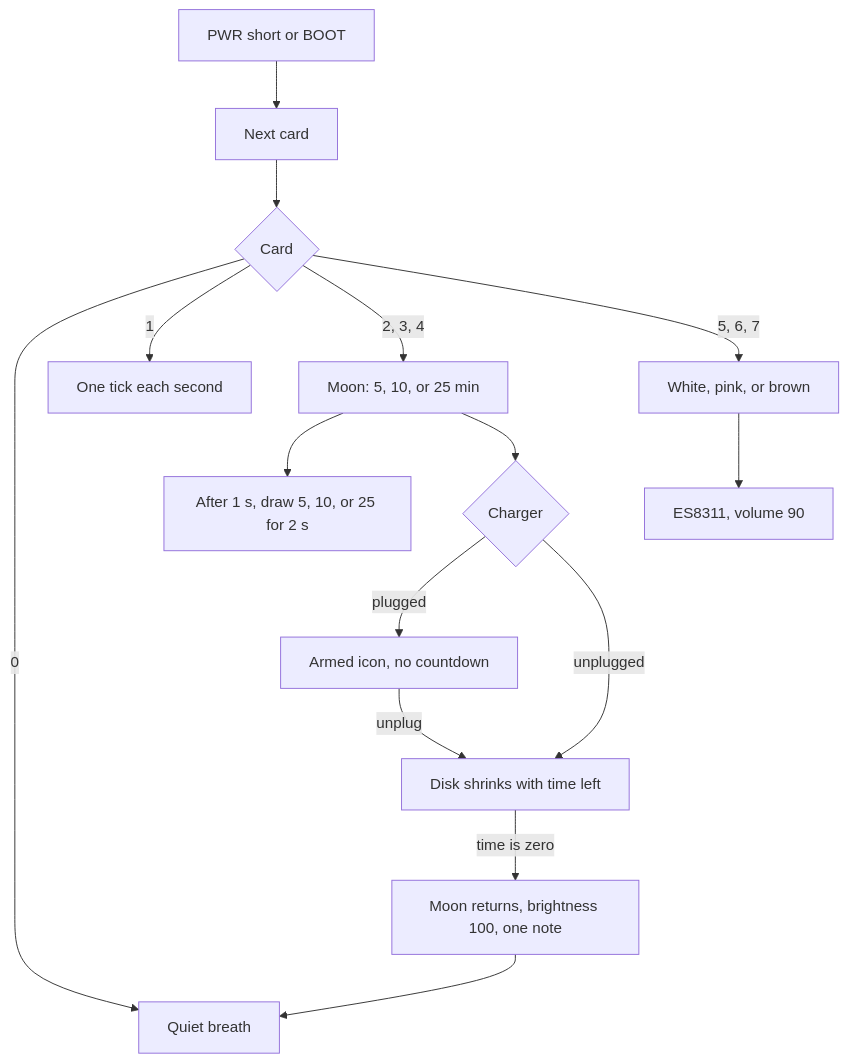
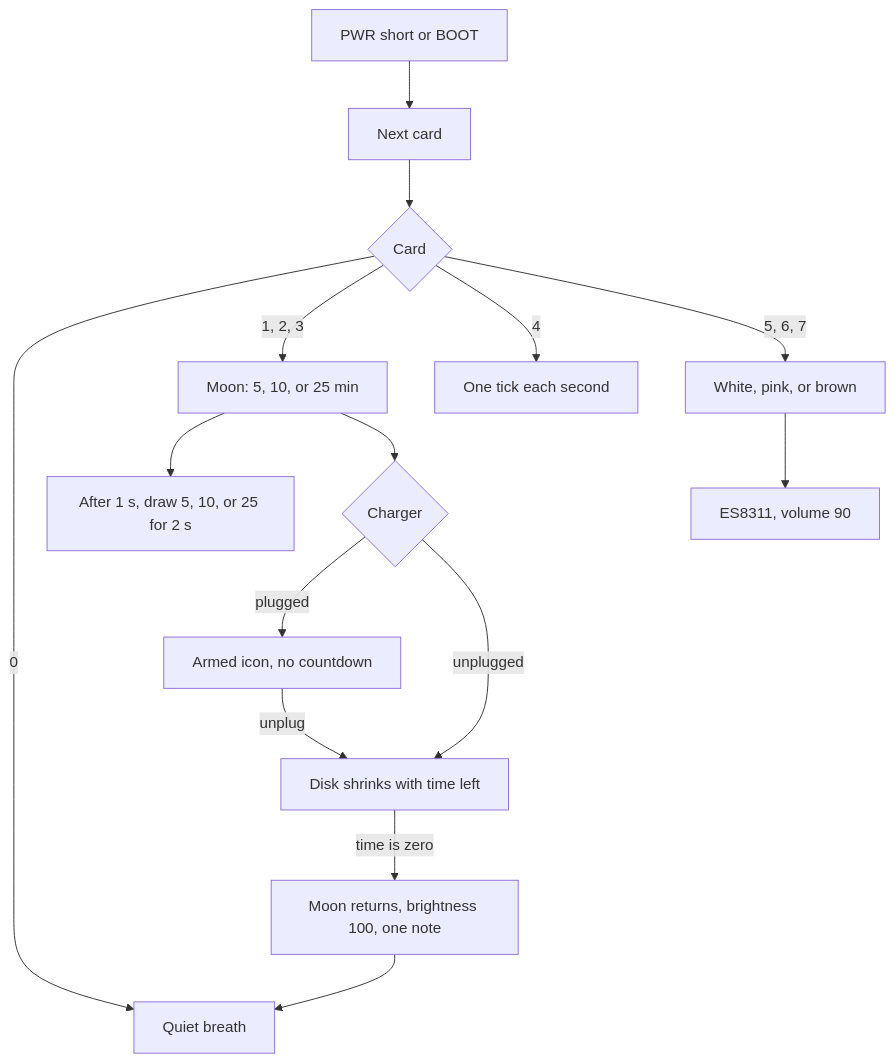
One commit to monty1743-boop/Sigr-n changed the first of 2 diagrams in README.md. Above: the diagram before and after it, drawn with Mermaid. The commit also changed other lines of this file and 4 other files, not shown here.

````diff
--- a/README.md
+++ b/README.md
@@ -38,17 +40,17 @@
 ```mermaid
 flowchart TD
   press["PWR short or BOOT"] --> card["Next card"]
   card --> kind{"Card"}
   kind -->|"0"| quiet["Quiet breath"]
-  kind -->|"1"| beat["One tick each second"]
-  kind -->|"2, 3, 4"| moon["Moon: 5, 10, or 25 min"]
+  kind -->|"1, 2, 3"| moon["Moon: 5, 10, or 25 min"]
+  kind -->|"4"| beat["One tick each second"]
   kind -->|"5, 6, 7"| noise["White, pink, or brown"]
   moon --> digits["After 1 s, draw 5, 10, or 25 for 2 s"]
   moon --> power{"Charger"}
   power -->|"plugged"| armed["Armed icon, no countdown"]
   power -->|"unplugged"| run["Disk shrinks with time left"]
   armed -->|"unplug"| run
   run -->|"time is zero"| ending["Moon returns, brightness 100, one note"]
   ending --> quiet
   noise --> speaker["ES8311, volume 90"]
 ```
````
